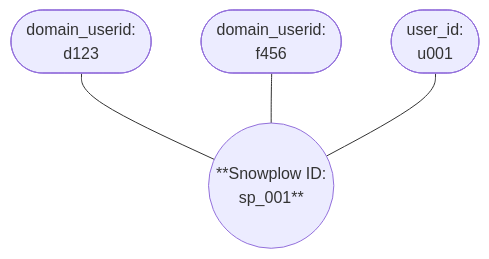
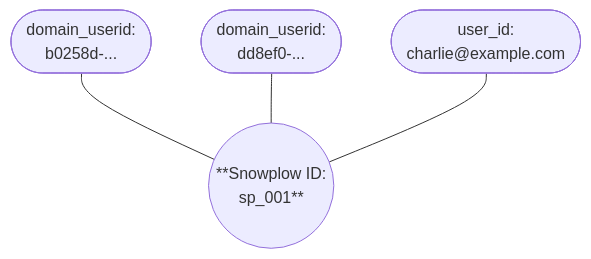
The third of 3 diagrams in docs/identities/concepts/cross-domain-tracking/index.md (snowplow/documentation), drawn with Mermaid before and after one commit. The commit also changed other lines of this file and 2 other files, not shown here.

````diff
--- a/docs/identities/concepts/cross-domain-tracking/index.md
+++ b/docs/identities/concepts/cross-domain-tracking/index.md
@@ -63,11 +63,11 @@
 ```mermaid
 graph TD
-    A(["domain_userid:<br/>d123"])
-    D(["domain_userid:<br/>f456"])
-    U(["user_id:<br/>u001"])
+    A(["domain_userid:<br/>b0258d-..."])
+    D(["domain_userid:<br/>dd8ef0-..."])
+    U(["user_id:<br/>charlie@example.com"])
     P1(("**Snowplow ID:<br/>sp_001**"))
 
     A --- P1
     D --- P1
     U --- P1
 ```
````
